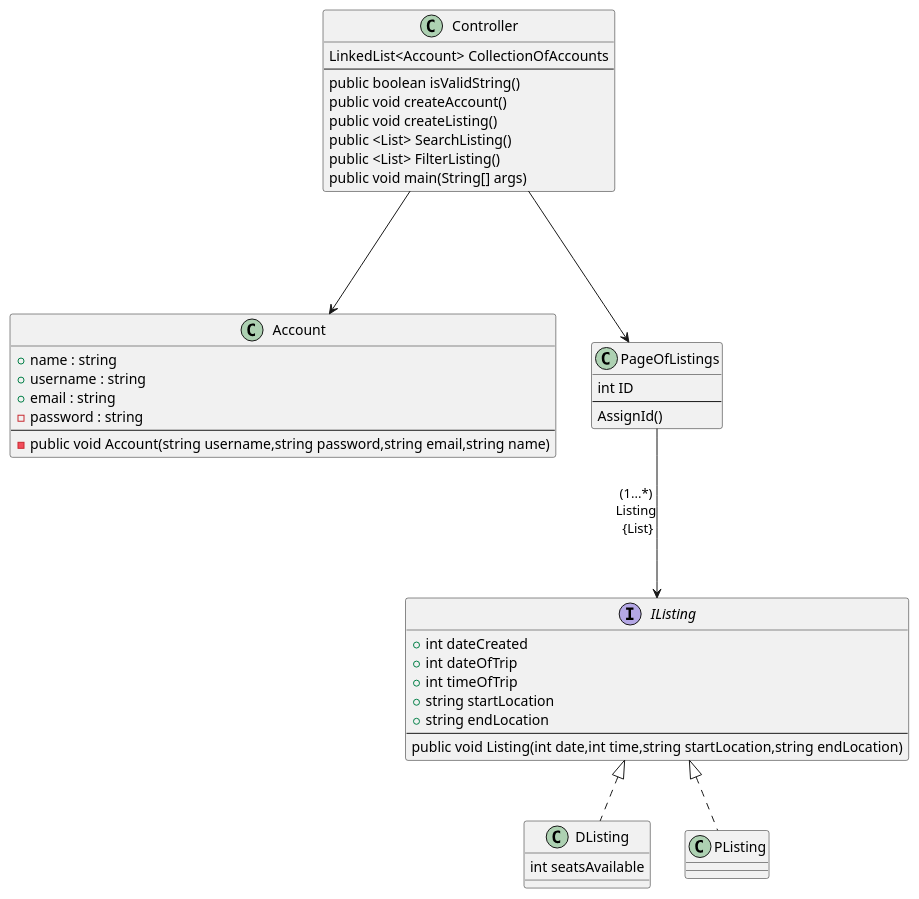
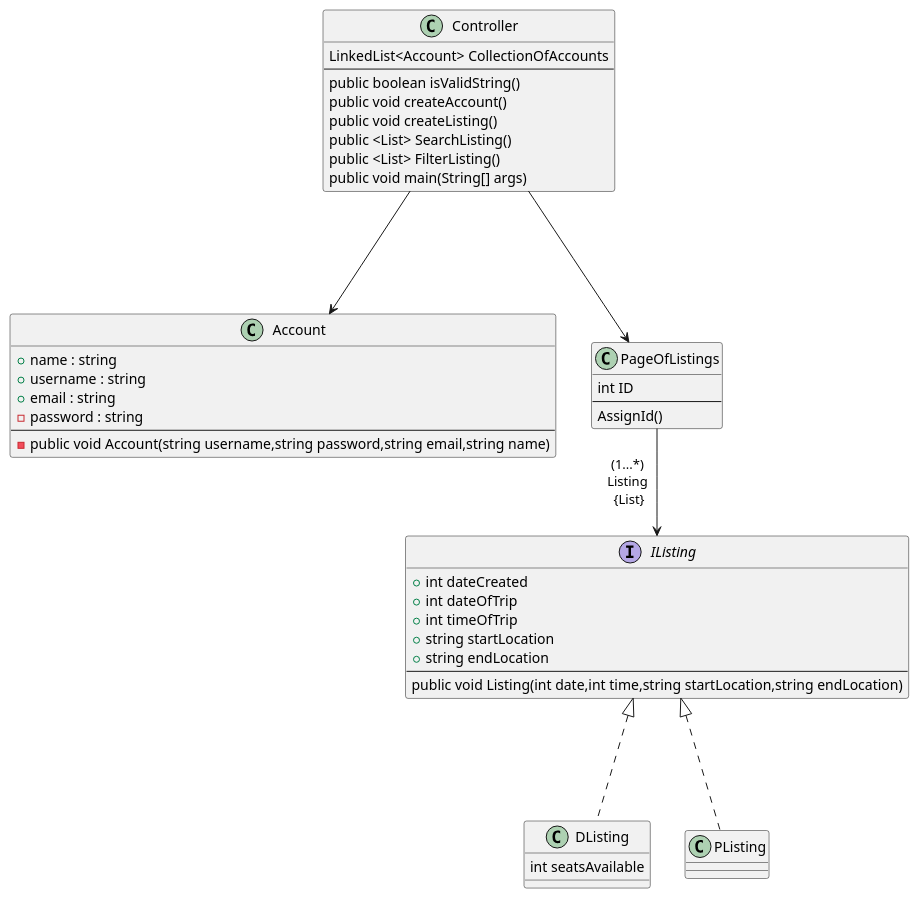
The fifth of 5 diagrams in doc/design.md (PriyaMulla/Carpool-Connect-VC), drawn with PlantUML before and after one commit.

Commit message:
Edited class diagram

````diff
--- a/doc/design.md
+++ b/doc/design.md
@@ -171,55 +171,55 @@
 ```plantuml
 @startuml
 
 class Account{
 +name : string
 +username : string
 +email : string
 -password : string
 --
 -public void Account(string username,string password,string email,string name)
 }
 
 interface IListing{
 +int dateCreated
 +int dateOfTrip
 +int timeOfTrip
 +string startLocation
 +string endLocation
 --
 public void Listing(int date,int time,string startLocation,string endLocation)
 }
 class DListing{
 int seatsAvailable
 }
 class PListing{
 
 }
 class Controller{
 LinkedList<Account> CollectionOfAccounts 
 --
 public boolean isValidString()
 public void createAccount()
 public void createListing()
 public <List> SearchListing()
 public <List> FilterListing()
 public void main(String[] args)
 }
 class PageOfListings{
 int ID
 --
 AssignId()
 }
 together {
 class Account
 class PageOfListings
 }
 'Association
 Controller ---> PageOfListings
 Controller ---> Account
-PageOfListings ---> "(1...*)\nListing\n {List}\n\n\n" IListing : \t\t\t
-IListing <|.. DListing
-IListing <|.. PListing
+PageOfListings --> "\n(1...*)\nListing\n {List}\n\n\n" IListing : \t\t\t
+IListing <|... DListing
+IListing <|... PListing
 Account -[hidden] PageOfListings
 @enduml
 ```
````
